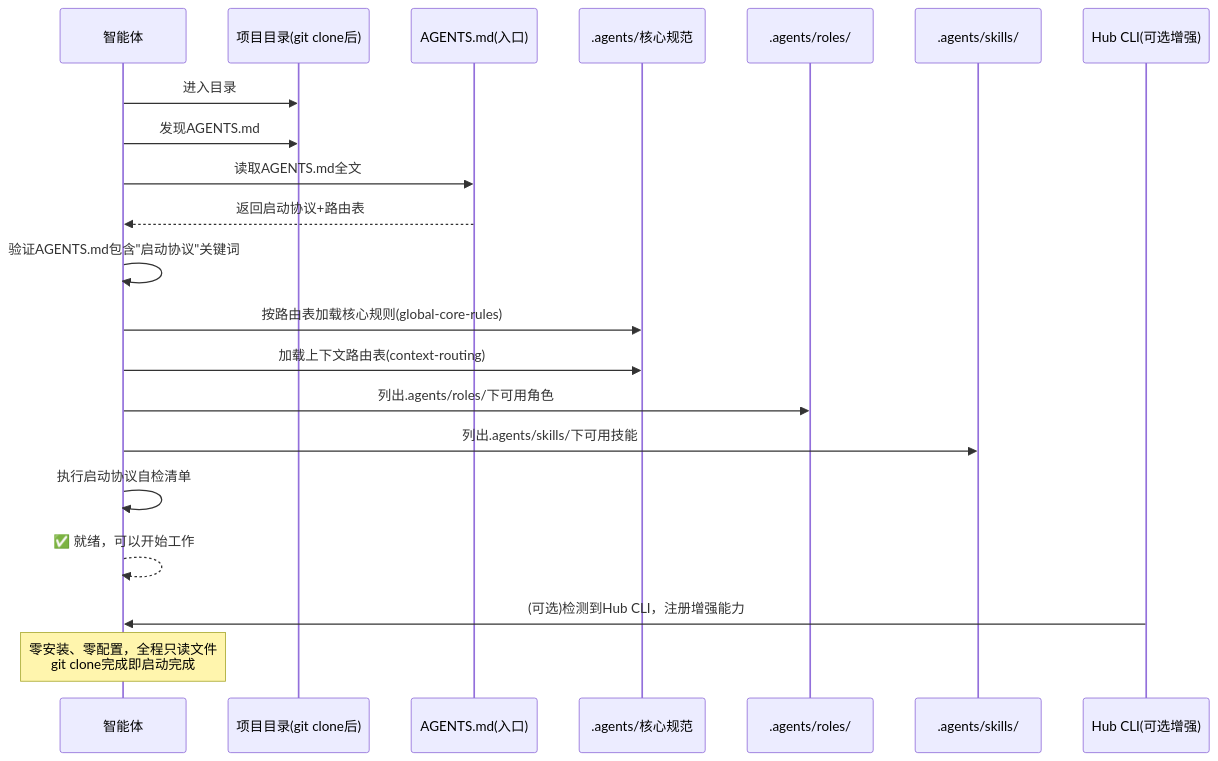
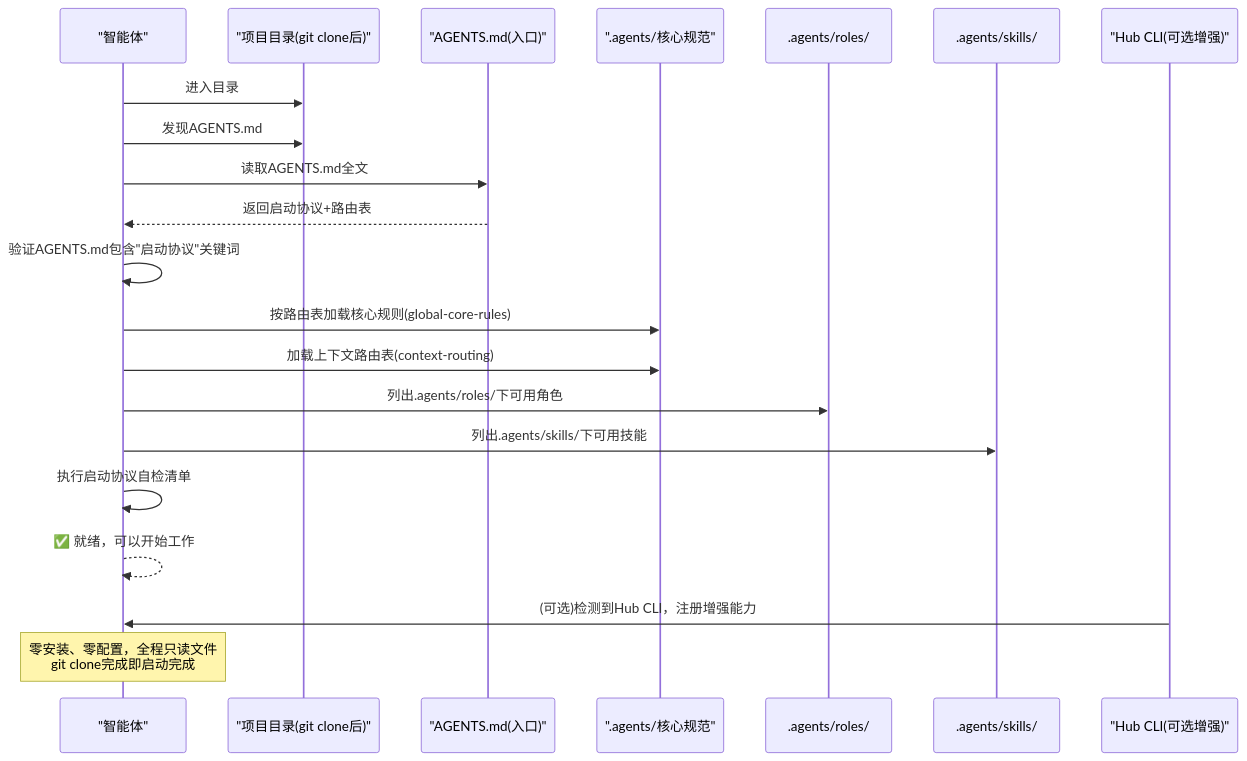
Before and after one commit to xinetzone/SpecWeave: the third of 3 diagrams in .agents/protocols/workspace-discovery.md, drawn with Mermaid. The commit also changed 12 other files, not shown here.

First line of the commit message:
fix(mermaid): 清理 .agents 规范文档 Mermaid 语法错误

````diff
--- a/.agents/protocols/workspace-discovery.md
+++ b/.agents/protocols/workspace-discovery.md
@@ -145,24 +145,23 @@
 ```mermaid
 sequenceDiagram
-    participant Agent as 智能体
-    participant Dir as 项目目录(git clone后)
-    participant AGENTS as AGENTS.md(入口)
-    participant Core as .agents/核心规范
+    participant Agent as "智能体"
+    participant Dir as "项目目录(git clone后)"
+    participant AGENTS as "AGENTS.md(入口)"
+    participant Core as ".agents/核心规范"
     participant Roles as .agents/roles/
     participant Skills as .agents/skills/
-    participant Hub as Hub CLI(可选增强)
-
+    participant Hub as "Hub CLI(可选增强)"
     Agent->>Dir: 进入目录
     Agent->>Dir: 发现AGENTS.md
     Agent->>AGENTS: 读取AGENTS.md全文
     AGENTS-->>Agent: 返回启动协议+路由表
     Agent->>Agent: 验证AGENTS.md包含"启动协议"关键词
     Agent->>Core: 按路由表加载核心规则(global-core-rules)
     Agent->>Core: 加载上下文路由表(context-routing)
     Agent->>Roles: 列出.agents/roles/下可用角色
     Agent->>Skills: 列出.agents/skills/下可用技能
     Agent->>Agent: 执行启动协议自检清单
     Agent-->>Agent: ✅ 就绪，可以开始工作
     Hub->>Agent: (可选)检测到Hub CLI，注册增强能力
     Note over Agent: 零安装、零配置，全程只读文件<br/>git clone完成即启动完成
 ```
````
